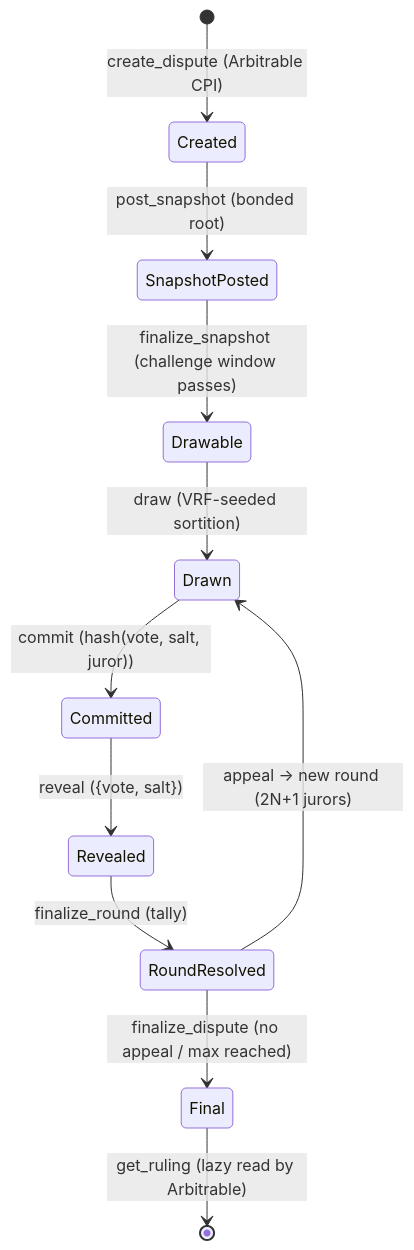
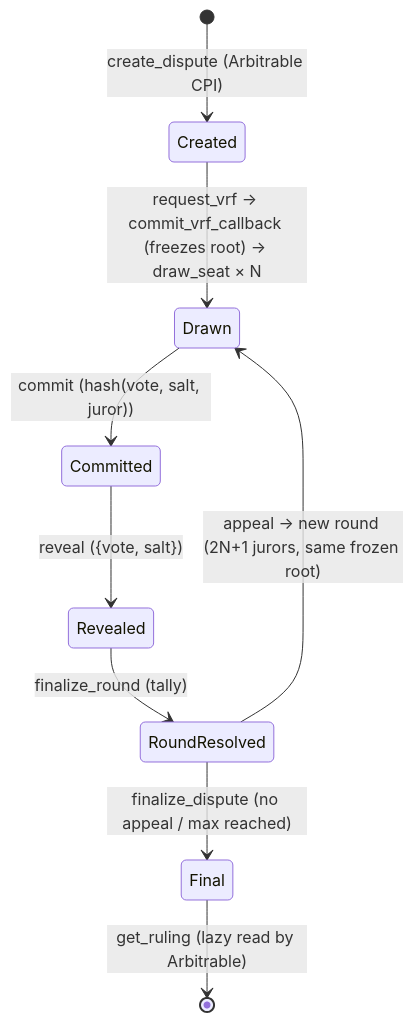
One commit to xeroc/accord changed the diagram in README.md. Above: the diagram before and after it, drawn with Mermaid. The commit also changed other lines of this file and 20 other files, not shown here.

````diff
--- a/README.md
+++ b/README.md
@@ -215,13 +215,11 @@
 ```mermaid
 stateDiagram-v2
     [*] --> Created: create_dispute (Arbitrable CPI)
-    Created --> SnapshotPosted: post_snapshot (bonded root)
-    SnapshotPosted --> Drawable: finalize_snapshot (challenge window passes)
-    Drawable --> Drawn: draw (VRF-seeded sortition)
+    Created --> Drawn: request_vrf → commit_vrf_callback (freezes root) → draw_seat × N
     Drawn --> Committed: commit (hash(vote, salt, juror))
     Committed --> Revealed: reveal ({vote, salt})
     Revealed --> RoundResolved: finalize_round (tally)
     RoundResolved --> Final: finalize_dispute (no appeal / max reached)
-    RoundResolved --> Drawn: appeal → new round (2N+1 jurors)
+    RoundResolved --> Drawn: appeal → new round (2N+1 jurors, same frozen root)
     Final --> [*]: get_ruling (lazy read by Arbitrable)
 ```
````
